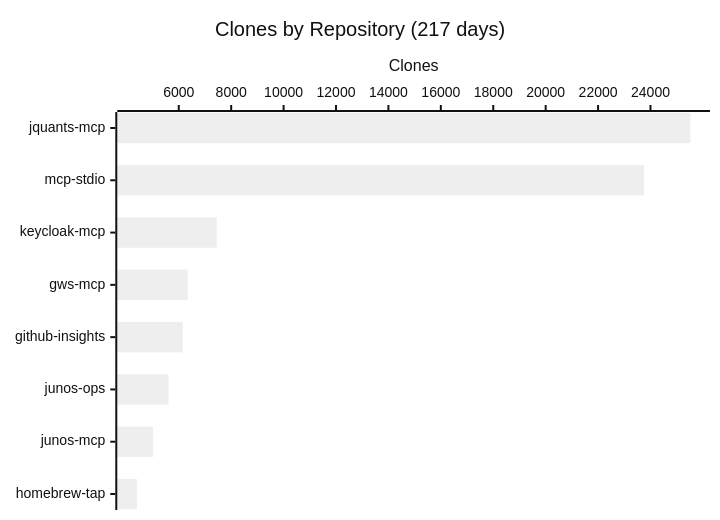
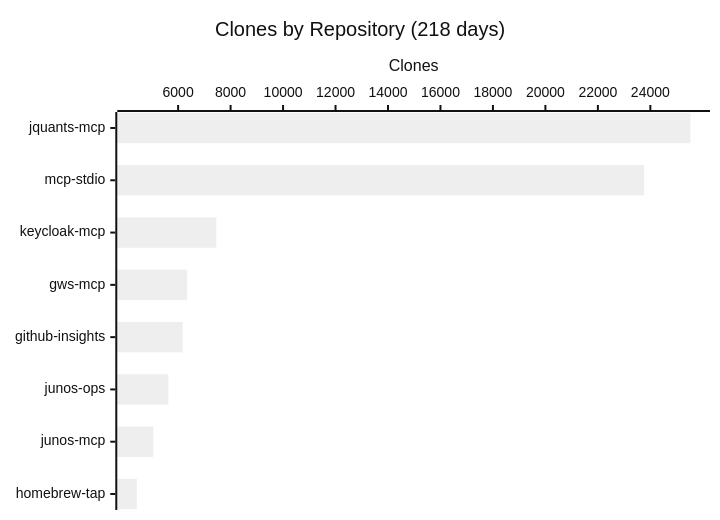
Before and after one commit to shigechika/github-insights: the fourth of 4 diagrams in README.md, drawn with Mermaid (neutral theme). The commit also changed other lines of this file and 2 other files, not shown here.

````diff
--- a/README.md
+++ b/README.md
@@ -58,7 +58,7 @@
 ```mermaid
 xychart-beta horizontal
-    title "Clones by Repository (217 days)"
+    title "Clones by Repository (218 days)"
     x-axis ["jquants-mcp", "mcp-stdio", "keycloak-mcp", "gws-mcp", "github-insights", "junos-ops", "junos-mcp", "homebrew-tap"]
     y-axis "Clones"
-    bar [25524, 23755, 7449, 6338, 6152, 5608, 5021, 4401]
+    bar [25528, 23766, 7455, 6346, 6174, 5628, 5056, 4427]
 ```
````
